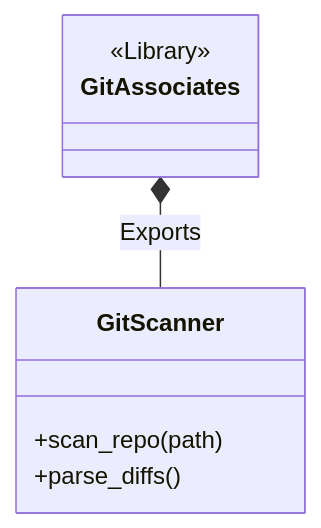
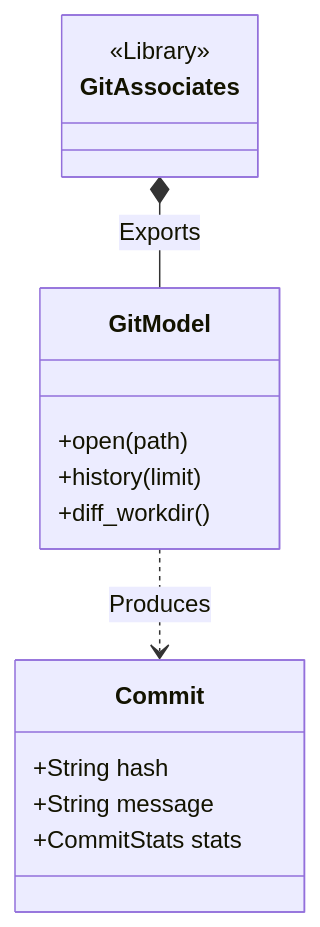
Diagram 12 of 35 in docs/architecture.md (madmax983/skunkworks), drawn with Mermaid before and after one commit. The commit also changed other lines of this file and 1 other file, not shown here.

Commit message:
docs: Add ADR 033 for git-associates extraction and update architecture diagram
- Created `docs/adr/033-extract-git-associates.md` to document the extraction of shared git logic.
- Updated `docs/architecture.md` to include `git-associates` in the Shared Domain Logic section with an accurate Mermaid class diagram using `GitModel`.

````diff
--- a/docs/architecture.md
+++ b/docs/architecture.md
@@ -310,12 +310,20 @@
 ```mermaid
 classDiagram
     class GitAssociates {
         <<Library>>
     }
-    class GitScanner {
-        +scan_repo(path)
-        +parse_diffs()
+    class GitModel {
+        +open(path)
+        +history(limit)
+        +diff_workdir()
     }
 
-    GitAssociates *-- GitScanner : Exports
+    class Commit {
+        +String hash
+        +String message
+        +CommitStats stats
+    }
+
+    GitAssociates *-- GitModel : Exports
+    GitModel ..> Commit : Produces
 ```
````
